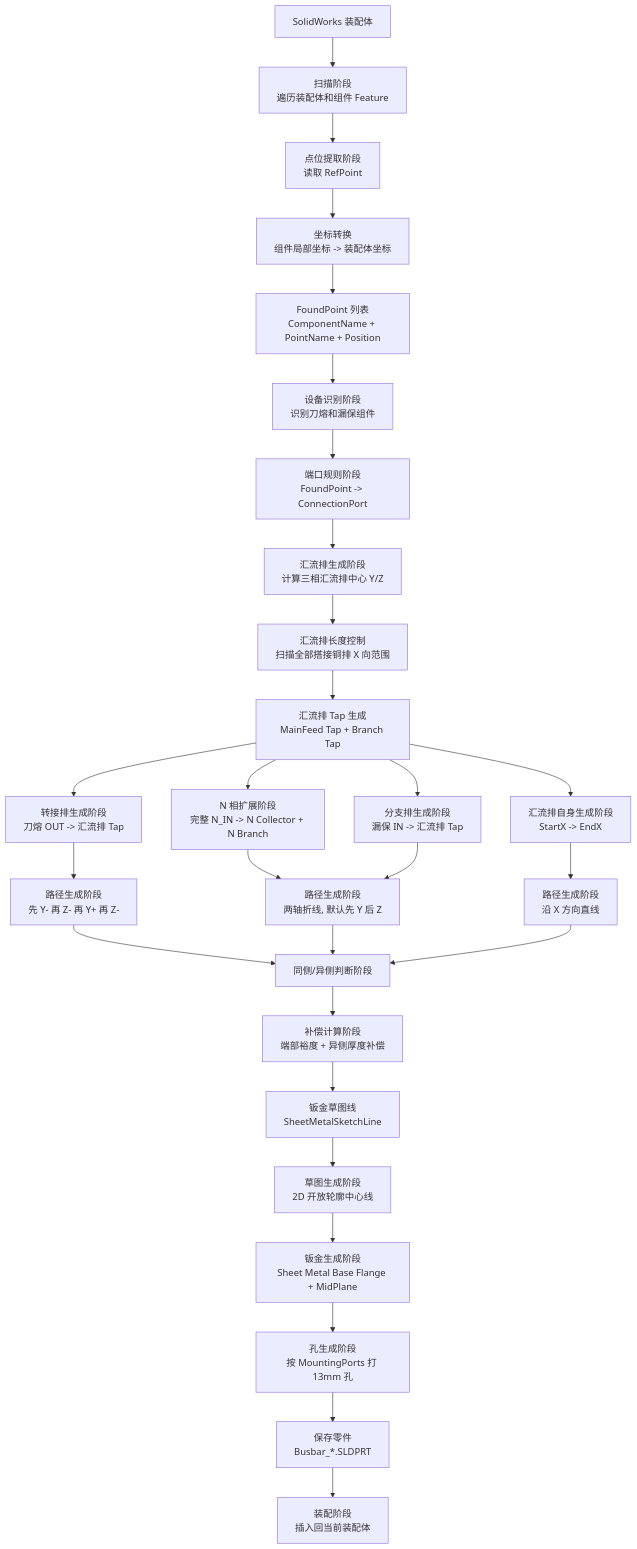
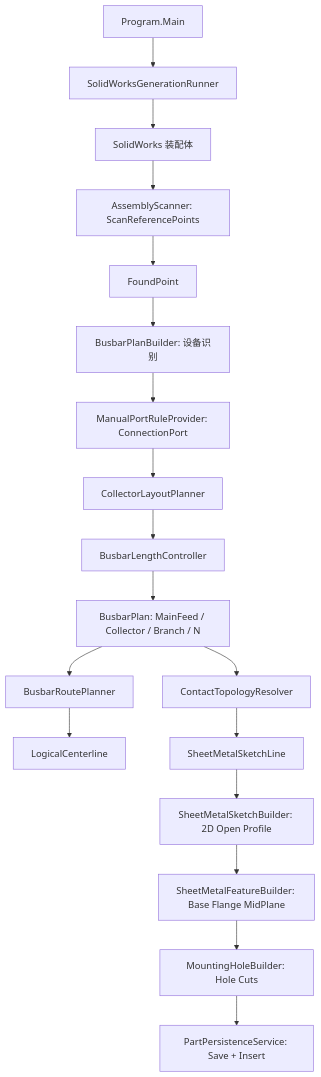
The diagram in BusinessFlow.md (Tleide/solidworks-busbar-automation), drawn with Mermaid before and after one commit. The commit also changed other lines of this file and 41 other files, not shown here.

````diff
--- a/BusinessFlow.md
+++ b/BusinessFlow.md
@@ -82,35 +63,20 @@
 ```mermaid
 flowchart TD
-    A["SolidWorks 装配体"] --> B["扫描阶段<br/>遍历装配体和组件 Feature"]
-    B --> C["点位提取阶段<br/>读取 RefPoint"]
-    C --> D["坐标转换<br/>组件局部坐标 -> 装配体坐标"]
-    D --> E["FoundPoint 列表<br/>ComponentName + PointName + Position"]
-
-    E --> F["设备识别阶段<br/>识别刀熔和漏保组件"]
-    F --> G["端口规则阶段<br/>FoundPoint -> ConnectionPort"]
-    G --> H["汇流排生成阶段<br/>计算三相汇流排中心 Y/Z"]
-    H --> I["汇流排长度控制<br/>扫描全部搭接铜排 X 向范围"]
-    I --> J["汇流排 Tap 生成<br/>MainFeed Tap + Branch Tap"]
-
-    J --> K0["N 相扩展阶段<br/>完整 N_IN -> N Collector + N Branch"]
-    J --> K1["转接排生成阶段<br/>刀熔 OUT -> 汇流排 Tap"]
-    J --> K2["分支排生成阶段<br/>漏保 IN -> 汇流排 Tap"]
-    J --> K3["汇流排自身生成阶段<br/>StartX -> EndX"]
-
-    K0 --> L2
-    K1 --> L1["路径生成阶段<br/>先 Y- 再 Z- 再 Y+ 再 Z-"]
-    K2 --> L2["路径生成阶段<br/>两轴折线, 默认先 Y 后 Z"]
-    K3 --> L3["路径生成阶段<br/>沿 X 方向直线"]
-
-    L1 --> M["同侧/异侧判断阶段"]
-    L2 --> M
-    L3 --> M
-
-    M --> N["补偿计算阶段<br/>端部裕度 + 异侧厚度补偿"]
-    N --> O["钣金草图线<br/>SheetMetalSketchLine"]
-    O --> P["草图生成阶段<br/>2D 开放轮廓中心线"]
-    P --> Q["钣金生成阶段<br/>Sheet Metal Base Flange + MidPlane"]
-    Q --> R["孔生成阶段<br/>按 MountingPorts 打 13mm 孔"]
-    R --> S["保存零件<br/>Busbar_*.SLDPRT"]
-    S --> T["装配阶段<br/>插入回当前装配体"]
+    A["Program.Main"] --> B["SolidWorksGenerationRunner"]
+    B --> C["SolidWorks 装配体"]
+    C --> D["AssemblyScanner: ScanReferencePoints"]
+    D --> E["FoundPoint"]
+    E --> F["BusbarPlanBuilder: 设备识别"]
+    F --> G["ManualPortRuleProvider: ConnectionPort"]
+    G --> H["CollectorLayoutPlanner"]
+    H --> I["BusbarLengthController"]
+    I --> J["BusbarPlan: MainFeed / Collector / Branch / N"]
+    J --> K["BusbarRoutePlanner"]
+    J --> L["ContactTopologyResolver"]
+    K --> M["LogicalCenterline"]
+    L --> N["SheetMetalSketchLine"]
+    N --> O["SheetMetalSketchBuilder: 2D Open Profile"]
+    O --> P["SheetMetalFeatureBuilder: Base Flange MidPlane"]
+    P --> Q["MountingHoleBuilder: Hole Cuts"]
+    Q --> R["PartPersistenceService: Save + Insert"]
 ```
````
